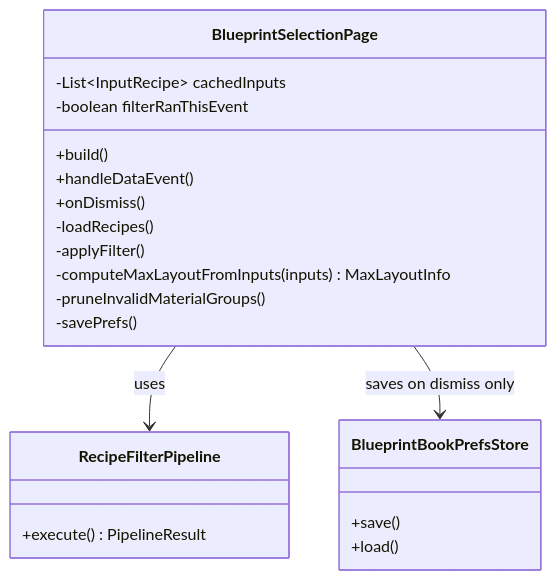
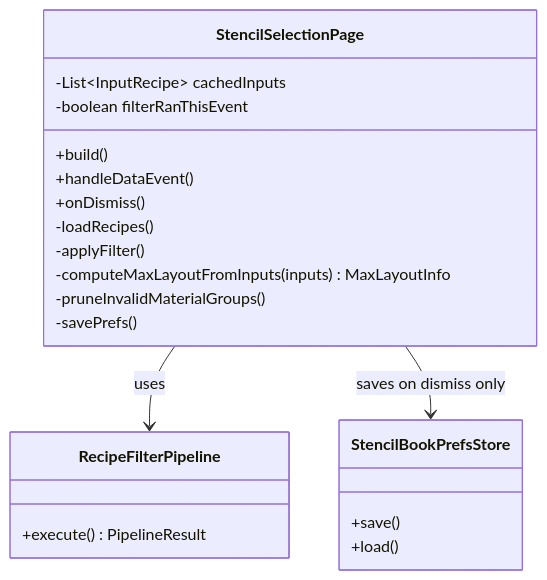
The first of 3 diagrams in docs/design-bench-freeze-fixes.md (TheCodeCreature/Hytale-Example-Plugin), drawn with Mermaid before and after one commit. The commit also changed other lines of this file and 289 other files, not shown here.

````diff
--- a/docs/design-bench-freeze-fixes.md
+++ b/docs/design-bench-freeze-fixes.md
@@ -21,24 +21,24 @@
 ```mermaid
 classDiagram
-    class BlueprintSelectionPage {
+    class StencilSelectionPage {
         -List~InputRecipe~ cachedInputs
         -boolean filterRanThisEvent
         +build()
         +handleDataEvent()
         +onDismiss()
         -loadRecipes()
         -applyFilter()
         -computeMaxLayoutFromInputs(inputs) MaxLayoutInfo
         -pruneInvalidMaterialGroups()
         -savePrefs()
     }
     class RecipeFilterPipeline {
         +execute() PipelineResult
     }
-    class BlueprintBookPrefsStore {
+    class StencilBookPrefsStore {
         +save()
         +load()
     }
-    BlueprintSelectionPage --> RecipeFilterPipeline : uses
-    BlueprintSelectionPage --> BlueprintBookPrefsStore : saves on dismiss only
+    StencilSelectionPage --> RecipeFilterPipeline : uses
+    StencilSelectionPage --> StencilBookPrefsStore : saves on dismiss only
 ```
````
